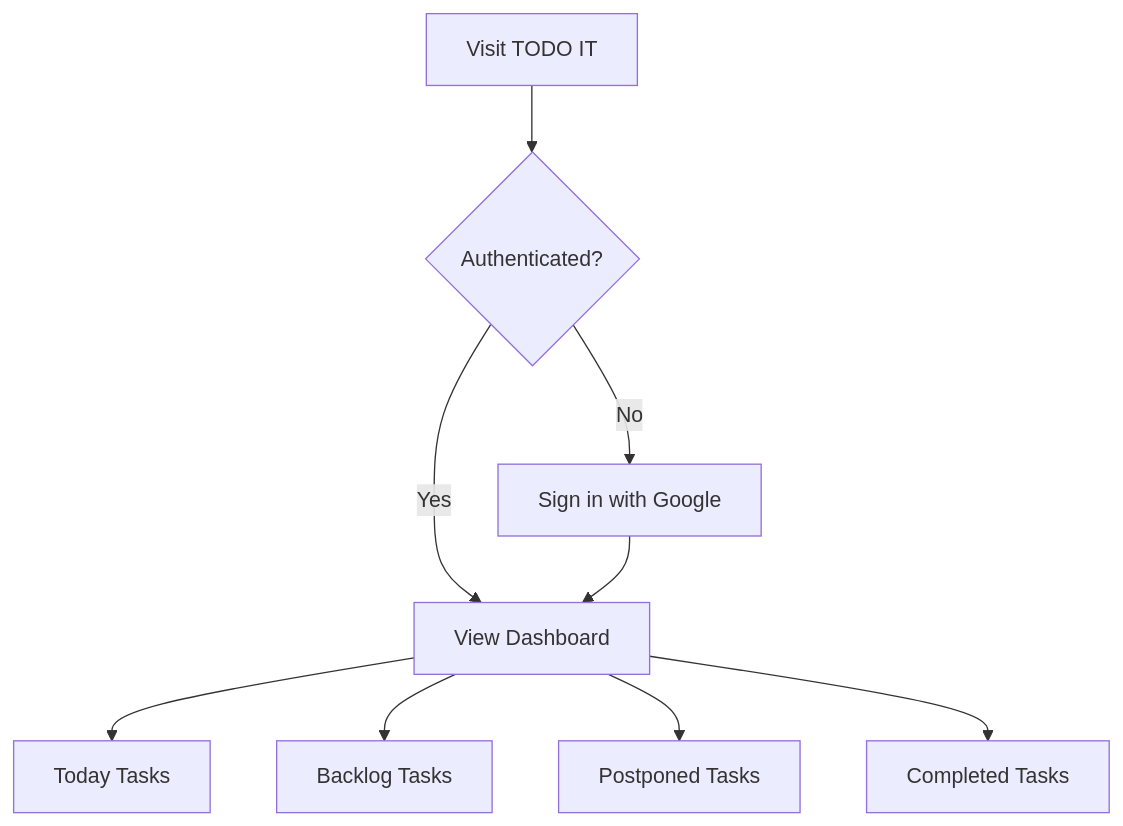
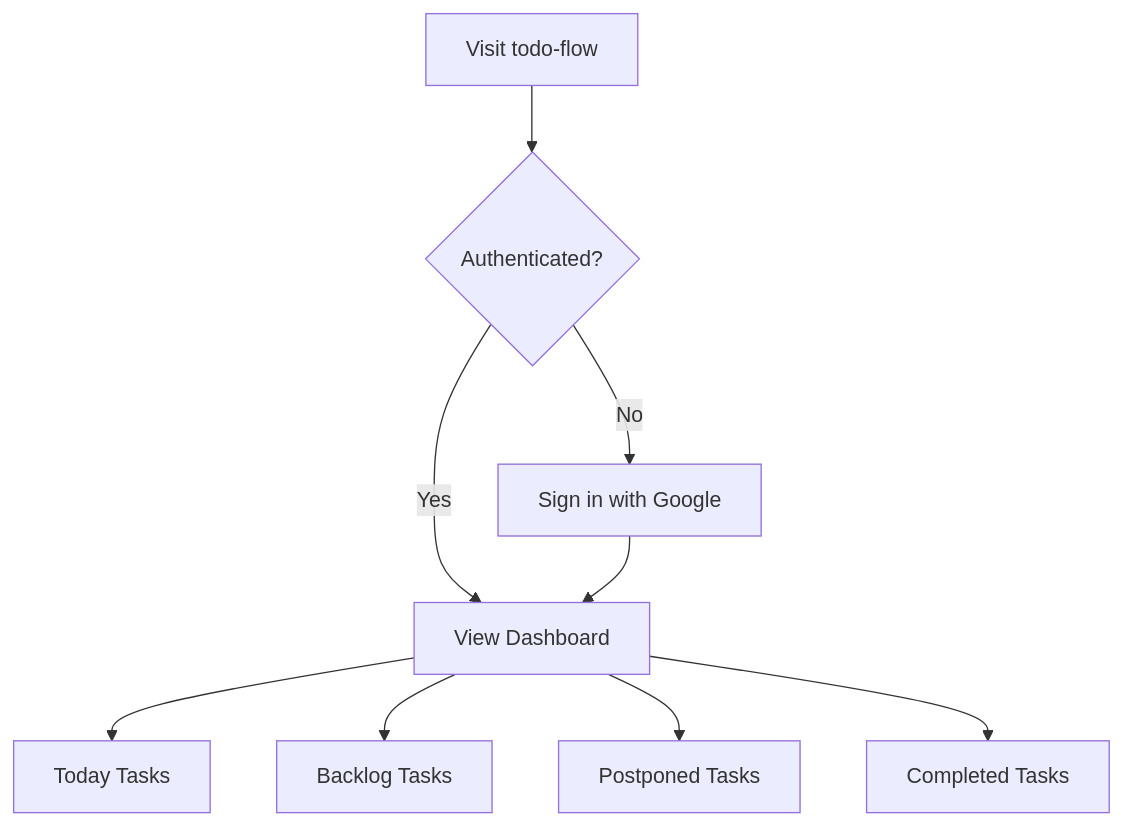
One commit to pumanitro/todo-ai changed the first of 5 diagrams in README.md. Above: the diagram before and after it, drawn with Mermaid. The commit also changed other lines of this file and 8 other files, not shown here.

Commit message:
Rebrand app from 'TODO IT' to 'todo-flow' across all relevant files

````diff
--- a/README.md
+++ b/README.md
@@ -164,12 +164,12 @@
 ```mermaid
 graph TD
-    A[Visit TODO IT] --> B{Authenticated?}
+    A[Visit todo-flow] --> B{Authenticated?}
     B -->|No| C[Sign in with Google]
     B -->|Yes| D[View Dashboard]
     C --> D
     
     D --> E[Today Tasks]
     D --> F[Backlog Tasks] 
     D --> G[Postponed Tasks]
     D --> H[Completed Tasks]
 ```
````
